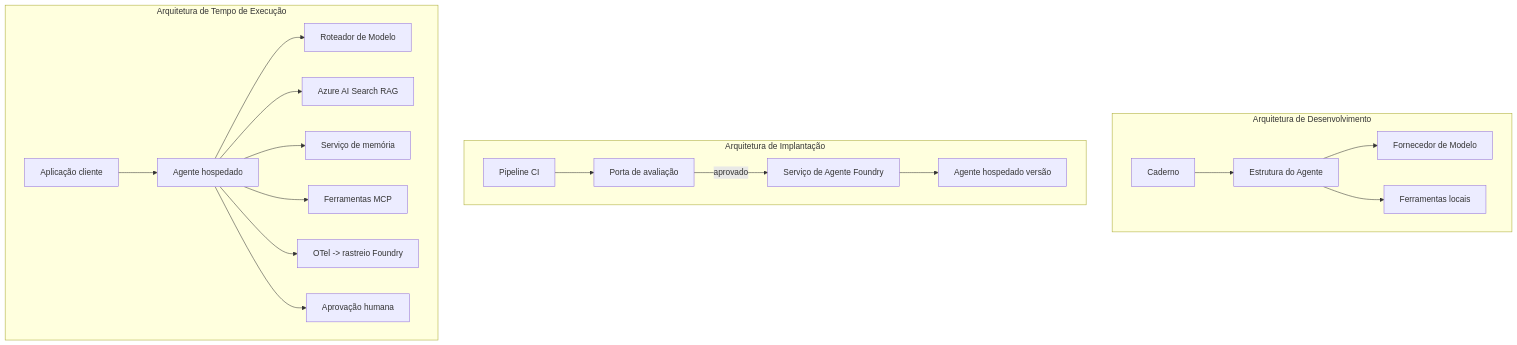
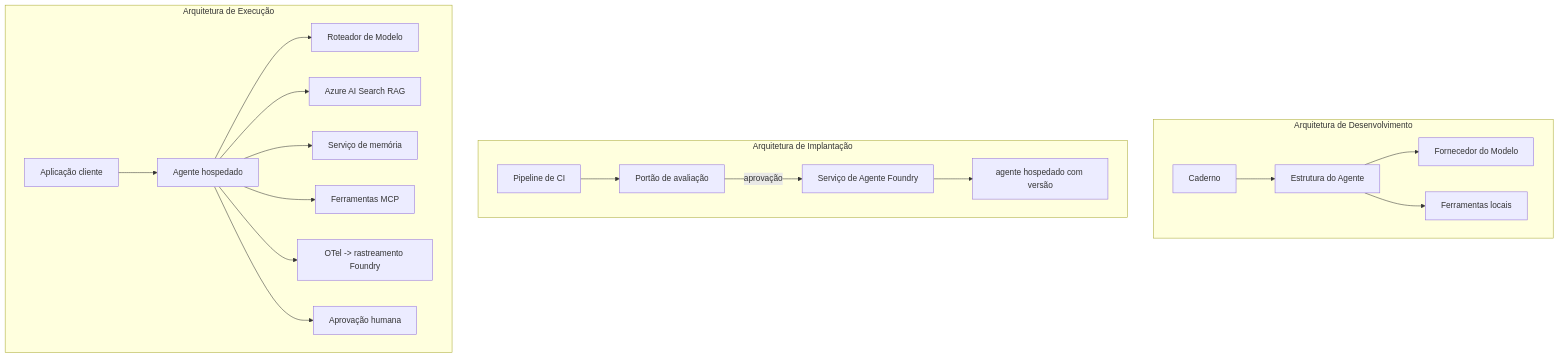
The fourth of 4 diagrams in translations/pt-PT/16-deploying-scalable-agents/README.md (microsoft/ai-agents-for-beginners), drawn with Mermaid before and after one commit. The commit also changed other lines of this file and 46 other files, not shown here.

````diff
--- a/translations/pt-PT/16-deploying-scalable-agents/README.md
+++ b/translations/pt-PT/16-deploying-scalable-agents/README.md
@@ -185,22 +185,22 @@
 ```mermaid
 flowchart TB
     subgraph Dev[Arquitetura de Desenvolvimento]
         D1[Caderno] --> D2[Estrutura do Agente]
-        D2 --> D3[Fornecedor de Modelo]
+        D2 --> D3[Fornecedor do Modelo]
         D2 --> D4[Ferramentas locais]
     end
     subgraph Deploy[Arquitetura de Implantação]
-        E1[Pipeline CI] --> E2[Porta de avaliação]
-        E2 -->|aprovado| E3[Serviço de Agente Foundry]
-        E3 --> E4[Agente hospedado versão]
+        E1[Pipeline de CI] --> E2[Portão de avaliação]
+        E2 -->|aprovação| E3[Serviço de Agente Foundry]
+        E3 --> E4[agente hospedado com versão]
     end
-    subgraph Run[Arquitetura de Tempo de Execução]
+    subgraph Run[Arquitetura de Execução]
         F1[Aplicação cliente] --> F2[Agente hospedado]
         F2 --> F3[Roteador de Modelo]
         F2 --> F4[Azure AI Search RAG]
         F2 --> F5[Serviço de memória]
         F2 --> F6[Ferramentas MCP]
-        F2 --> F7[OTel -> rastreio Foundry]
+        F2 --> F7[OTel -> rastreamento Foundry]
         F2 --> F8[Aprovação humana]
     end
 ```
````
